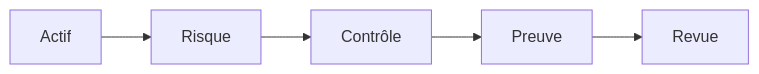
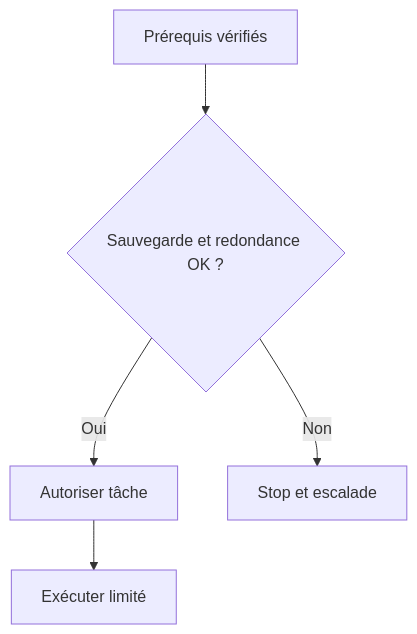
The third of 6 diagrams in content/lessons/maint-maintenance-preventive-intermediaire.md (biggyseven/Skill-Tree), drawn with Mermaid before and after one commit. The commit also changed other lines of this file, not shown here.

````diff
--- a/content/lessons/maint-maintenance-preventive-intermediaire.md
+++ b/content/lessons/maint-maintenance-preventive-intermediaire.md
@@ -65,4 +71,7 @@
 ```mermaid
-flowchart LR
-  A[Actif] --> B[Risque] --> C[Contrôle] --> D[Preuve] --> E[Revue]
+flowchart TD
+  A[Prérequis vérifiés] --> B{Sauvegarde et redondance OK ?}
+  B -->|Oui| C[Autoriser tâche]
+  B -->|Non| D[Stop et escalade]
+  C --> E[Exécuter limité]
 ```
````
